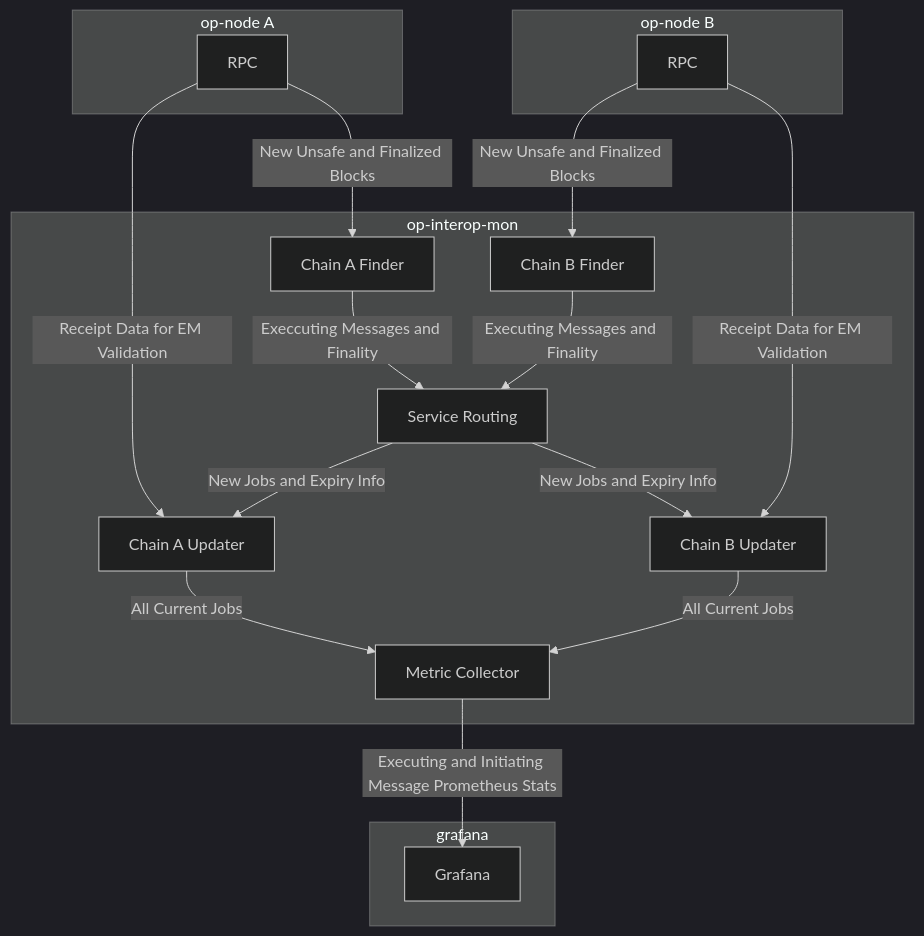
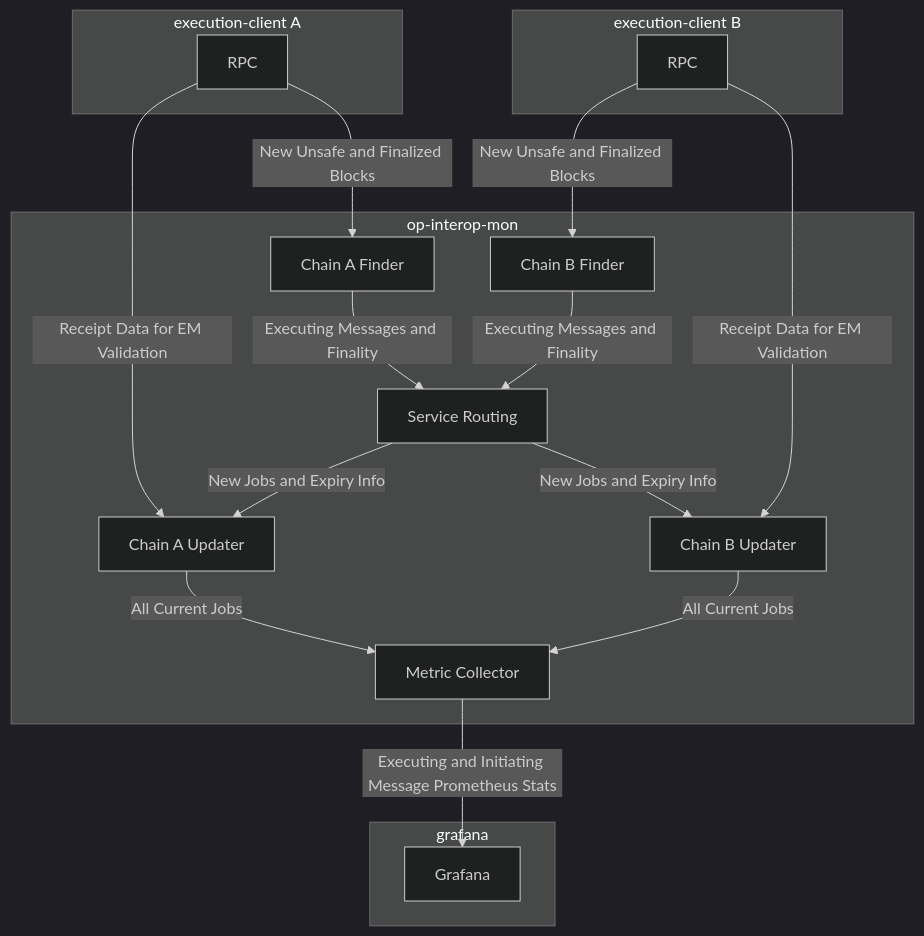
Before and after one commit to ethereum-optimism/optimism: the diagram in op-interop-mon/README.md, drawn with Mermaid (dark theme).

Commit message:
typos in readme

````diff
--- a/op-interop-mon/README.md
+++ b/op-interop-mon/README.md
@@ -20,38 +20,38 @@
 ```mermaid
 flowchart TD
 
-  subgraph op-node A
+  subgraph execution-client A
     ra[RPC]
   end
 
-  subgraph op-node B
+  subgraph execution-client B
     rb[RPC]
   end
 
   subgraph grafana
    g[Grafana]
   end
 
   %% Main Monitoring Group
   subgraph service["op-interop-mon"]
     s[Service Routing]
     m[Metric Collector]
     fa[Chain A Finder]
     fb[Chain B Finder]
     ua[Chain A Updater️]
     ub[Chain B Updater]
   end
 
   ra --"New Unsafe and Finalized Blocks"--> fa
   ra --"Receipt Data for EM Validation"--> ua
-  fa --"Execcuting Messages and Finality" --> s
+  fa --"Executing Messages and Finality" --> s
   s --"New Jobs and Expiry Info" --> ub
   rb --"New Unsafe and Finalized Blocks"--> fb
   rb --"Receipt Data for EM Validation"--> ub
   fb --"Executing Messages and Finality" --> s
   s --"New Jobs and Expiry Info" --> ua
   ua --"All Current Jobs"--> m
   ub --"All Current Jobs"--> m
   m --"Executing and Initiating Message Prometheus Stats"--> g
 
 ```
````
